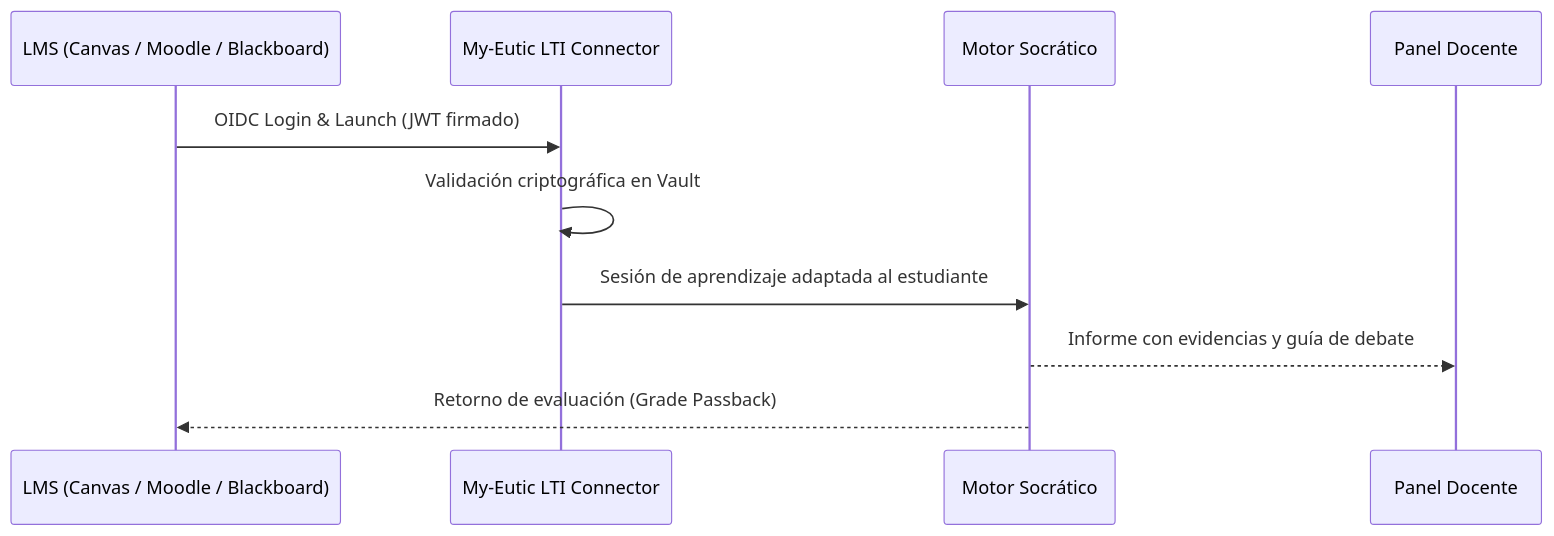
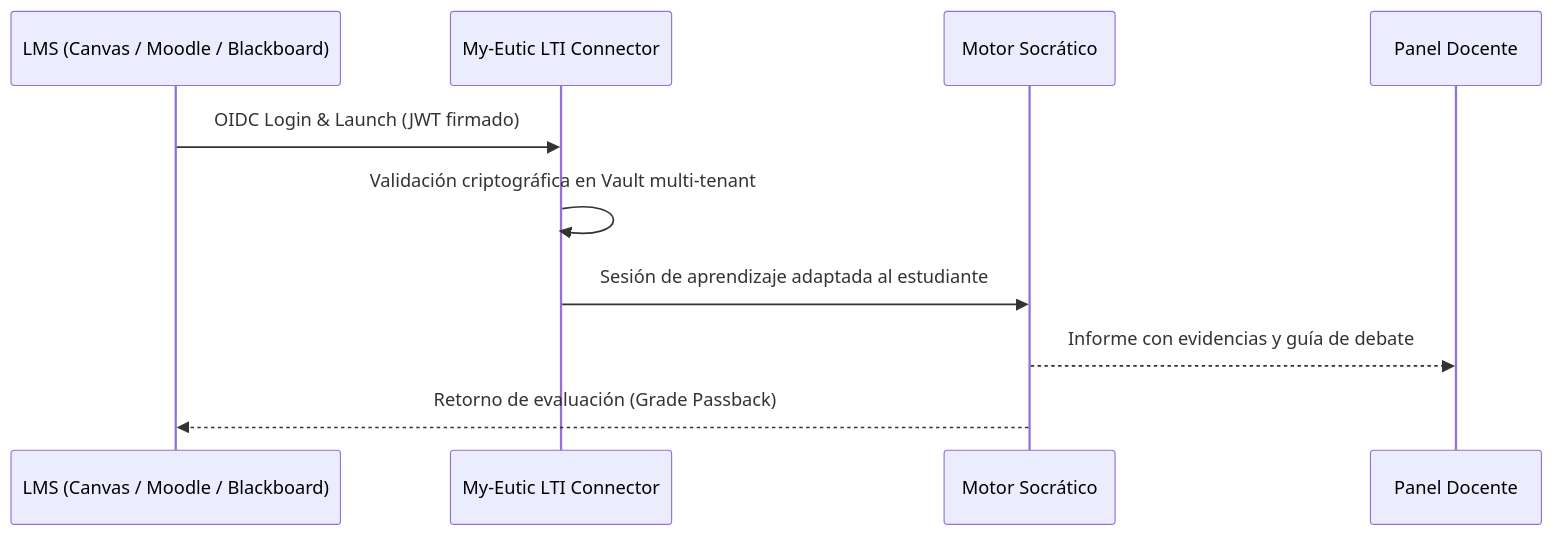
One commit to BSanroma/my-eutic-docs changed the diagram in README.md. Above: the diagram before and after it, drawn with Mermaid. The commit also changed other lines of this file and 3 other files, not shown here.

````diff
--- a/README.md
+++ b/README.md
@@ -64,13 +66,13 @@
 ```mermaid
 sequenceDiagram
     participant LMS as LMS (Canvas / Moodle / Blackboard)
     participant Edge as My-Eutic LTI Connector
     participant Engine as Motor Socrático
     participant Docente as Panel Docente
 
     LMS->>Edge: OIDC Login & Launch (JWT firmado)
-    Edge->>Edge: Validación criptográfica en Vault
+    Edge->>Edge: Validación criptográfica en Vault multi-tenant
     Edge->>Engine: Sesión de aprendizaje adaptada al estudiante
     Engine-->>Docente: Informe con evidencias y guía de debate
     Engine-->>LMS: Retorno de evaluación (Grade Passback)
 ```
````
